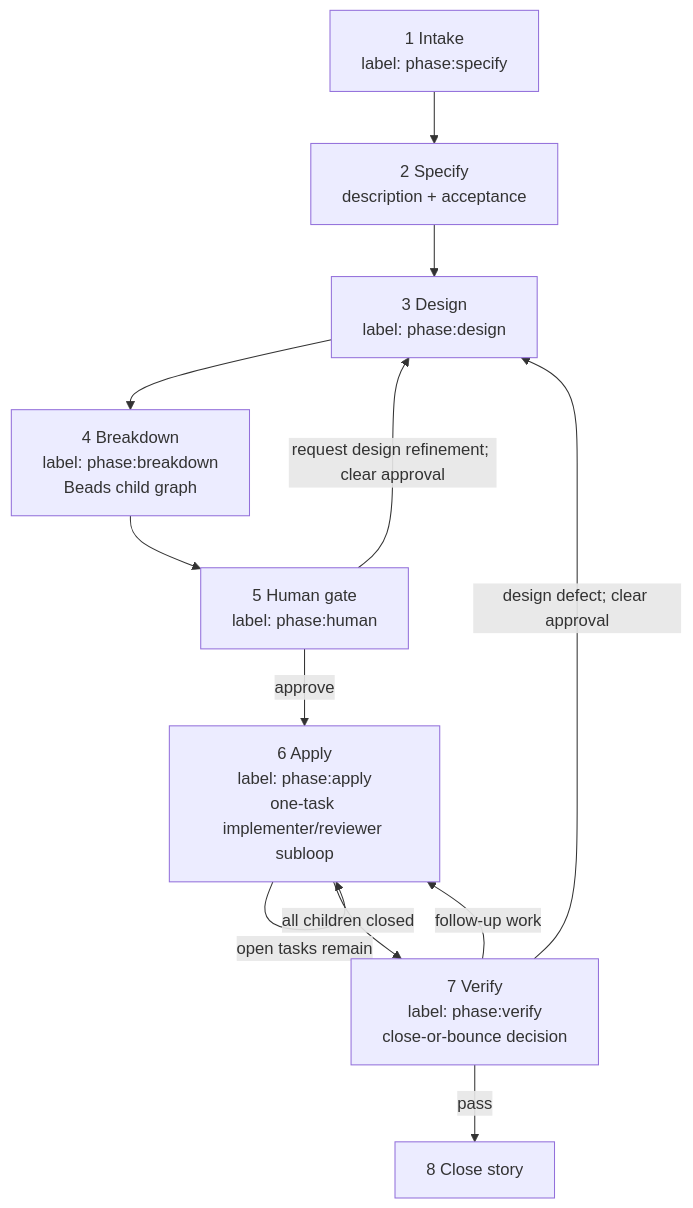
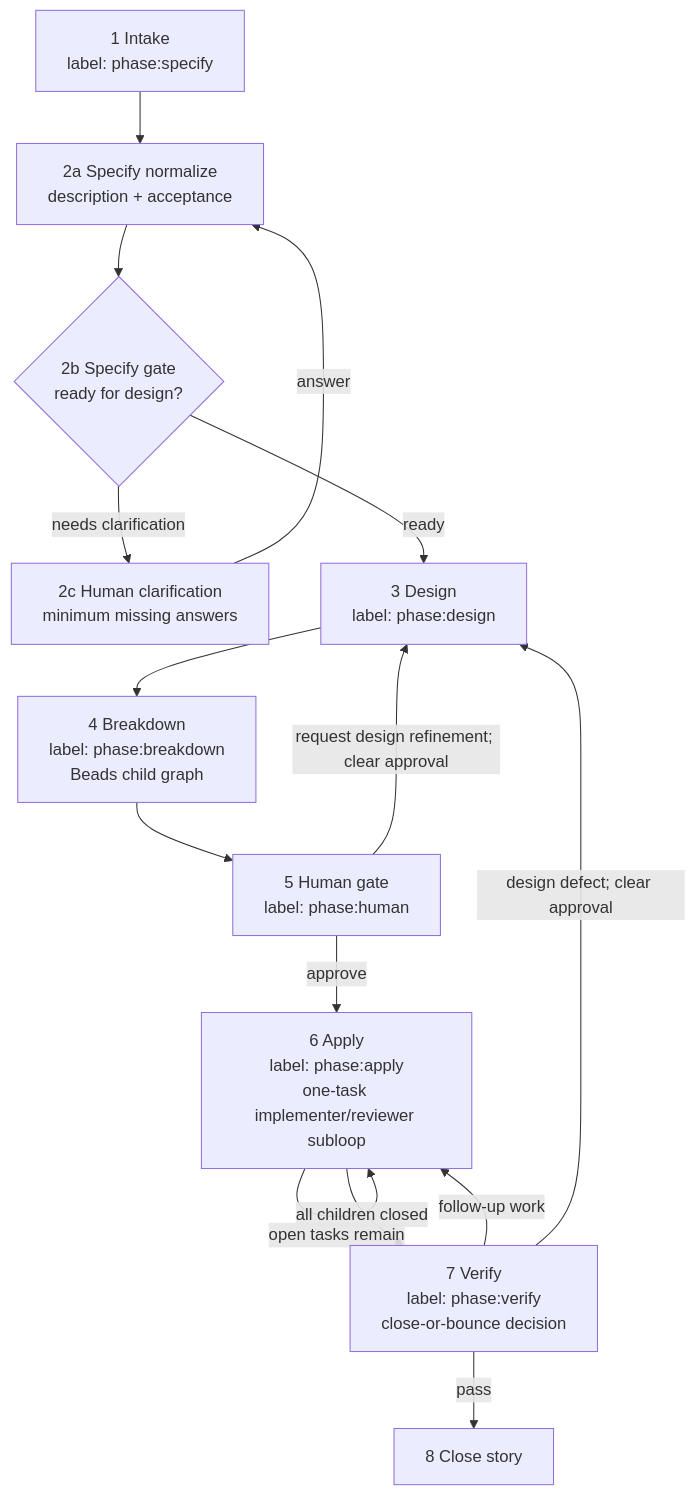
One commit to baldaworks/prism changed the diagram in plugins/prism/prefixed-skills/prism-lifecycle/references/lifecycle.md. Above: the diagram before and after it, drawn with Mermaid. The commit also changed other lines of this file and 8 other files, not shown here.

Commit message:
fix(prism): document specify human clarification loop

````diff
--- a/plugins/prism/prefixed-skills/prism-lifecycle/references/lifecycle.md
+++ b/plugins/prism/prefixed-skills/prism-lifecycle/references/lifecycle.md
@@ -16,20 +16,26 @@
 ```mermaid
 flowchart TB
   I["1 Intake<br/>label: phase:specify"]
-  S["2 Specify<br/>description + acceptance"]
+  S["2a Specify normalize<br/>description + acceptance"]
+  G{"2b Specify gate<br/>ready for design?"}
+  Q["2c Human clarification<br/>minimum missing answers"]
   D["3 Design<br/>label: phase:design"]
   B["4 Breakdown<br/>label: phase:breakdown<br/>Beads child graph"]
   H["5 Human gate<br/>label: phase:human"]
   A["6 Apply<br/>label: phase:apply<br/>one-task implementer/reviewer subloop"]
   V["7 Verify<br/>label: phase:verify<br/>close-or-bounce decision"]
   C["8 Close story"]
 
-  I --> S --> D --> B --> H
+  I --> S --> G
+  G -->|"ready"| D
+  G -->|"needs clarification"| Q
+  Q -->|"answer"| S
+  D --> B --> H
   H -->|"approve"| A
   H -->|"request design refinement; clear approval"| D
   A -->|"open tasks remain"| A
   A -->|"all children closed"| V
   V -->|"follow-up work"| A
   V -->|"design defect; clear approval"| D
   V -->|"pass"| C
 ```
````
